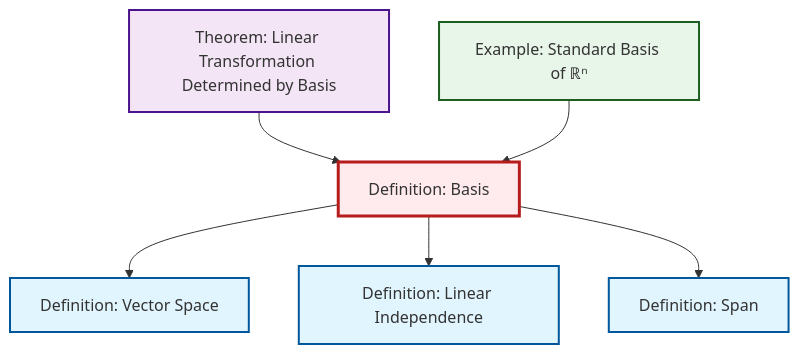
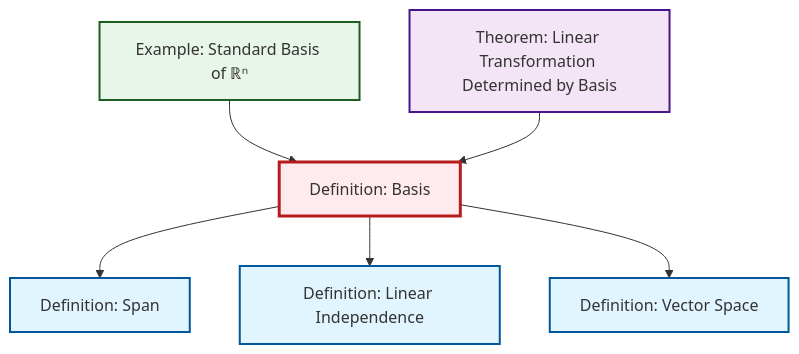
Before and after one commit to RK0429/ModernMath: the diagram in content/ja/algebra/def-basis.qmd, drawn with Mermaid. The commit also changed other lines of this file and 491 other files, not shown here.

````diff
--- a/content/ja/algebra/def-basis.qmd
+++ b/content/ja/algebra/def-basis.qmd
@@ -56,26 +56,26 @@
 ```{mermaid}
 %%| fig-cap: "Local dependency graph"
 graph TD
     classDef definition fill:#e1f5fe,stroke:#01579b,stroke-width:2px
     classDef theorem fill:#f3e5f5,stroke:#4a148c,stroke-width:2px
     classDef axiom fill:#fff3e0,stroke:#e65100,stroke-width:2px
     classDef example fill:#e8f5e9,stroke:#1b5e20,stroke-width:2px
     classDef current fill:#ffebee,stroke:#b71c1c,stroke-width:3px
+    def-linear-independence["Definition: Linear Independence"]:::definition
     def-basis["Definition: Basis"]:::definition
+    def-vector-space["Definition: Vector Space"]:::definition
+    def-span["Definition: Span"]:::definition
     ex-standard-basis-rn["Example: Standard Basis of ℝⁿ"]:::example
-    def-span["Definition: Span"]:::definition
     thm-linear-transformation-basis["Theorem: Linear Transformation Determined by Basis"]:::theorem
-    def-linear-independence["Definition: Linear Independence"]:::definition
-    def-vector-space["Definition: Vector Space"]:::definition
-    def-basis --> def-vector-space
-    thm-linear-transformation-basis --> def-basis
-    def-basis --> def-linear-independence
     def-basis --> def-span
     ex-standard-basis-rn --> def-basis
+    def-basis --> def-linear-independence
+    thm-linear-transformation-basis --> def-basis
+    def-basis --> def-vector-space
     class def-basis current
-    click ex-standard-basis-rn "ex-standard-basis-rn.html" "Example: Standard Basis of ℝⁿへ"
-    click def-span "def-span.html" "Definition: Spanへ"
-    click thm-linear-transformation-basis "thm-linear-transformation-basis.html" "Theorem: Linear Transformation Determined by Basisへ"
     click def-linear-independence "def-linear-independence.html" "Definition: Linear Independenceへ"
     click def-vector-space "def-vector-space.html" "Definition: Vector Spaceへ"
+    click def-span "def-span.html" "Definition: Spanへ"
+    click ex-standard-basis-rn "ex-standard-basis-rn.html" "Example: Standard Basis of ℝⁿへ"
+    click thm-linear-transformation-basis "thm-linear-transformation-basis.html" "Theorem: Linear Transformation Determined by Basisへ"
 ```
````
